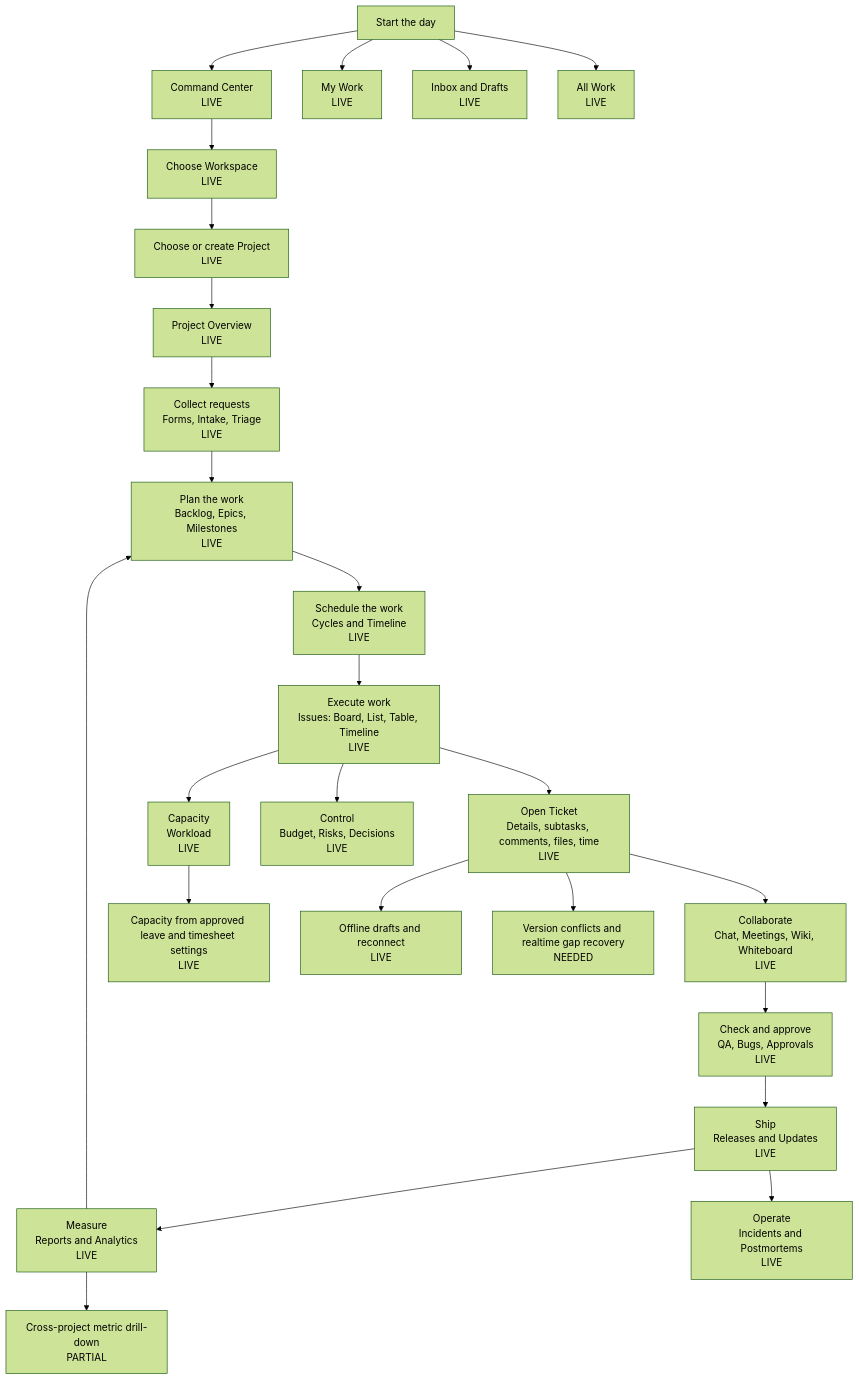
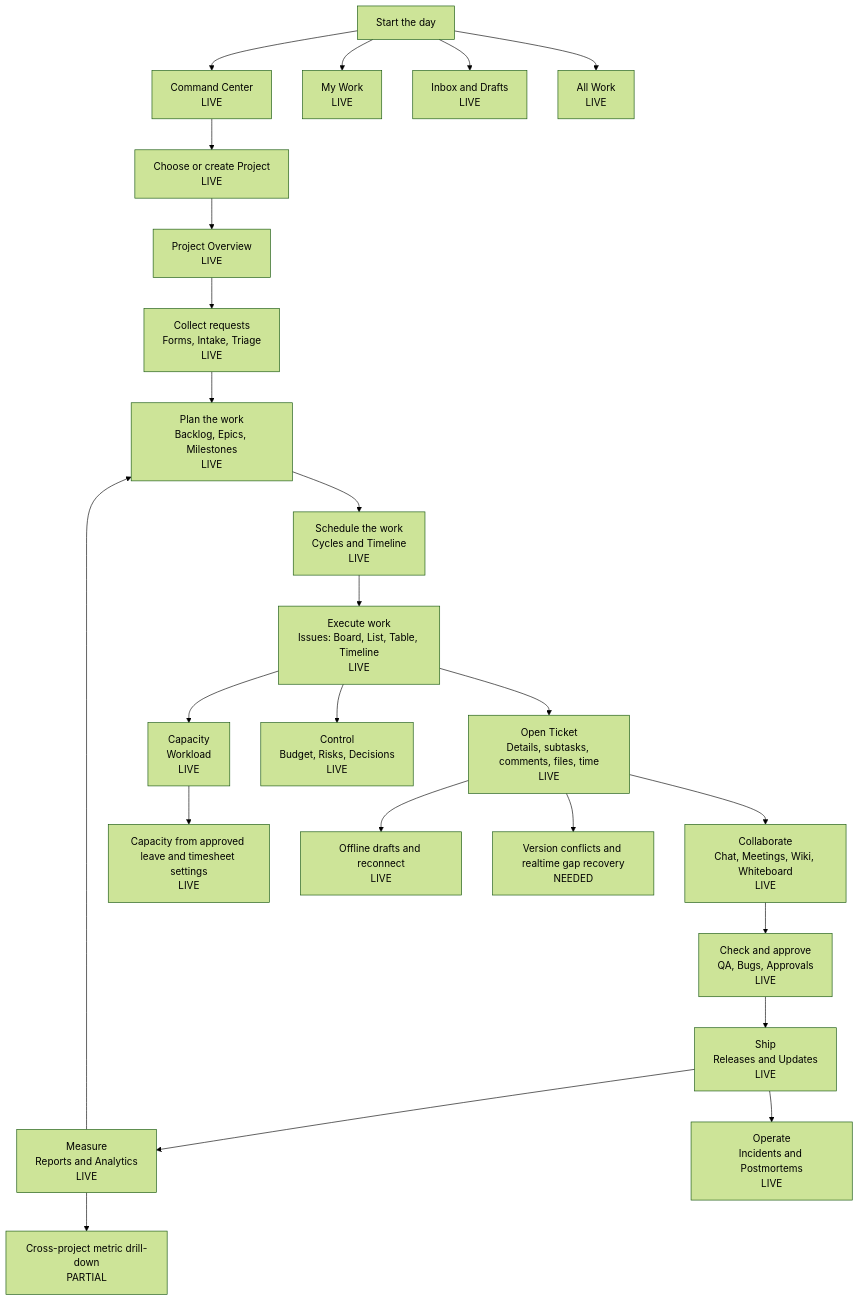
Before and after one commit to Startupppp/streamlineos-frontend: the first of 3 diagrams in docs/build-module/08-build-os-flowcharts.md, drawn with Mermaid (forest theme). The commit also changed other lines of this file and 178 other files, not shown here.

````diff
--- a/docs/build-module/08-build-os-flowcharts.md
+++ b/docs/build-module/08-build-os-flowcharts.md
@@ -29,31 +29,30 @@
 ```mermaid
 flowchart TD
     A[Start the day] --> B[Command Center<br/>LIVE]
     A --> C[My Work<br/>LIVE]
     A --> D[Inbox and Drafts<br/>LIVE]
     A --> E[All Work<br/>LIVE]
 
-    B --> F[Choose Workspace<br/>LIVE]
-    F --> G[Choose or create Project<br/>LIVE]
+    B --> G[Choose or create Project<br/>LIVE]
     G --> H[Project Overview<br/>LIVE]
 
     H --> I[Collect requests<br/>Forms, Intake, Triage<br/>LIVE]
     I --> J[Plan the work<br/>Backlog, Epics, Milestones<br/>LIVE]
     J --> K[Schedule the work<br/>Cycles and Timeline<br/>LIVE]
     K --> L[Execute work<br/>Issues: Board, List, Table, Timeline<br/>LIVE]
     L --> M[Open Ticket<br/>Details, subtasks, comments, files, time<br/>LIVE]
     M --> N[Collaborate<br/>Chat, Meetings, Wiki, Whiteboard<br/>LIVE]
     N --> O[Check and approve<br/>QA, Bugs, Approvals<br/>LIVE]
     O --> P[Ship<br/>Releases and Updates<br/>LIVE]
     P --> Q[Measure<br/>Reports and Analytics<br/>LIVE]
     Q --> J
 
     L --> R[Capacity<br/>Workload<br/>LIVE]
     L --> S[Control<br/>Budget, Risks, Decisions<br/>LIVE]
     P --> T[Operate<br/>Incidents and Postmortems<br/>LIVE]
 
     R --> U[Capacity from approved leave and timesheet settings<br/>LIVE]
     Q --> V[Cross-project metric drill-down<br/>PARTIAL]
     M --> W[Offline drafts and reconnect<br/>LIVE]
     M --> X[Version conflicts and realtime gap recovery<br/>NEEDED]
 ```
````
